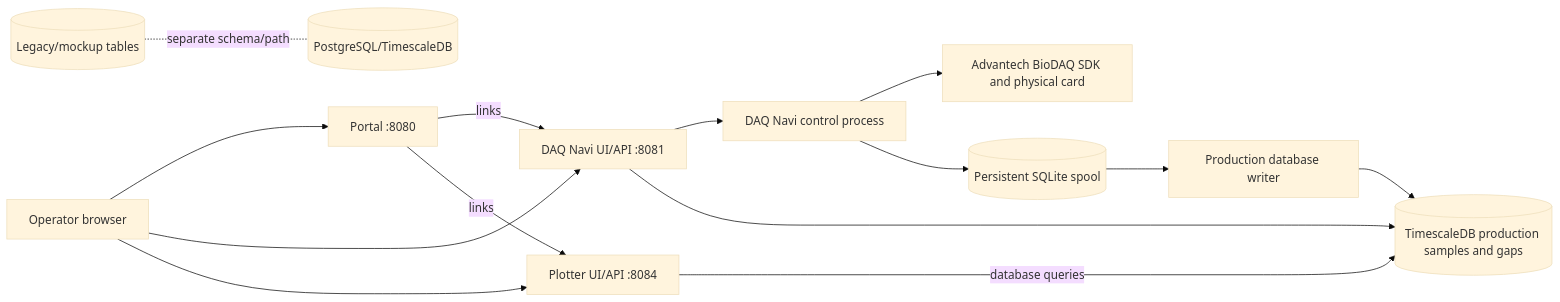
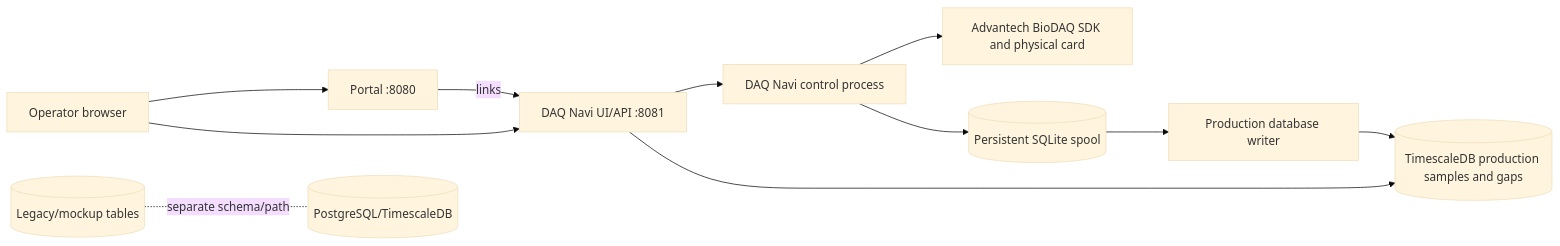
Before and after one commit to Faiisu/IIoT-data-ingest: the diagram in docs/architecture/context.md, drawn with Mermaid (base theme). The commit also changed 19 other files, not shown here.

````diff
--- a/docs/architecture/context.md
+++ b/docs/architecture/context.md
@@ -3,16 +3,13 @@
 ```mermaid
 graph LR
     Operator[Operator browser] --> Portal[Portal :8080]
     Operator --> DAQUI[DAQ Navi UI/API :8081]
-    Operator --> Plotter[Plotter UI/API :8084]
     Portal -->|links| DAQUI
-    Portal -->|links| Plotter
     DAQUI --> Control[DAQ Navi control process]
     Control --> Driver[Advantech BioDAQ SDK and physical card]
     Control --> Spool[(Persistent SQLite spool)]
     Spool --> Writer[Production database writer]
     Writer --> Production[(TimescaleDB production samples and gaps)]
     DAQUI --> Production
-    Plotter -->|database queries| Production
     Legacy[(Legacy/mockup tables)] -. separate schema/path .- DB[(PostgreSQL/TimescaleDB)]
 ```
````
